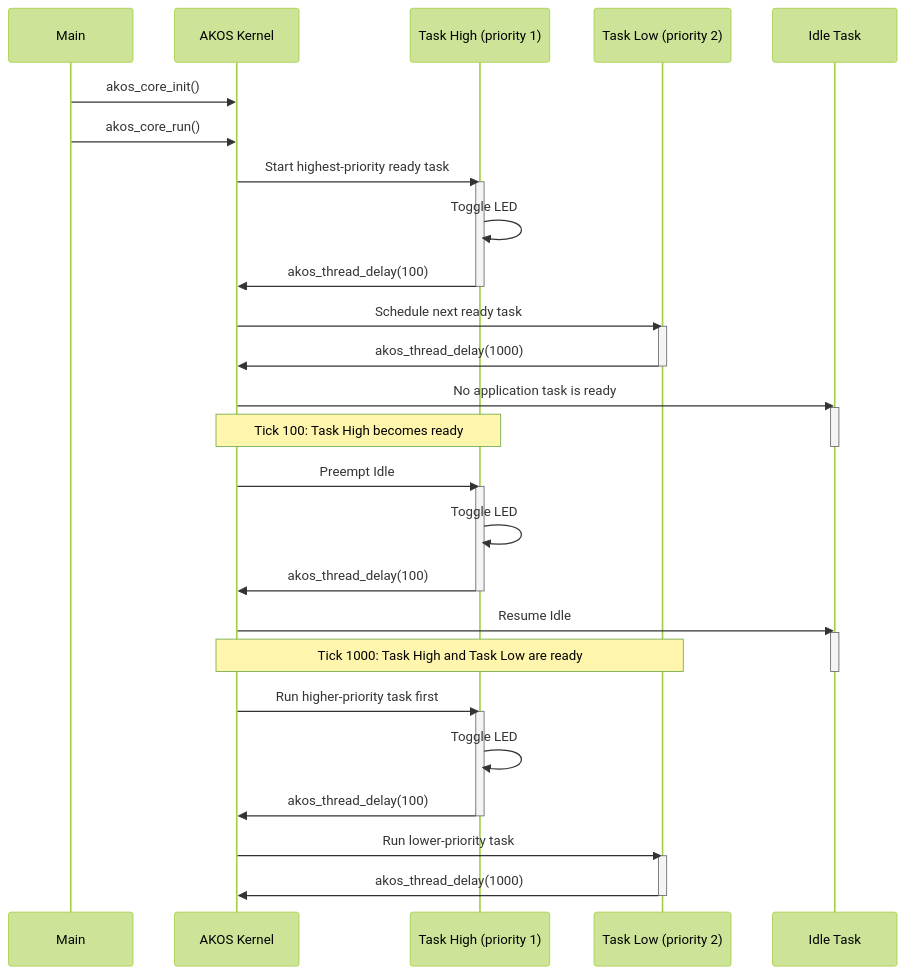
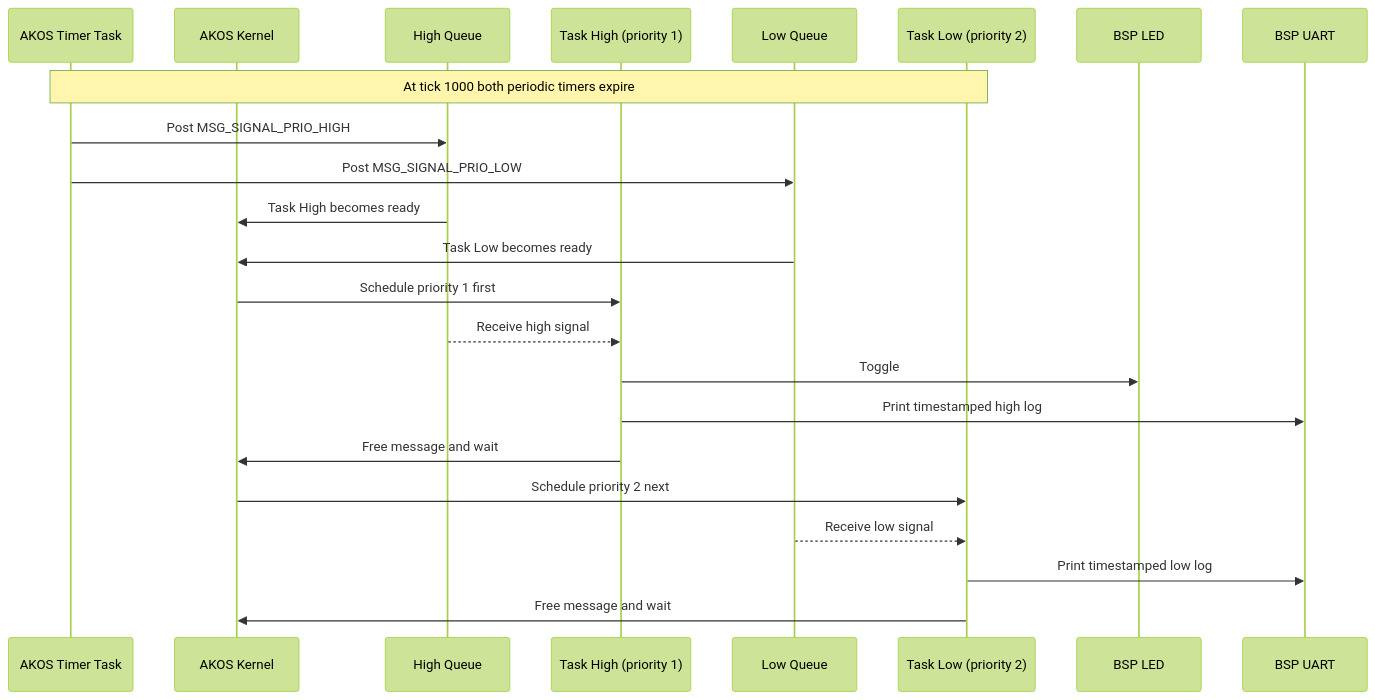
One commit to the-ak-foundation/akos changed the diagram in examples/priority/README.md. Above: the diagram before and after it, drawn with Mermaid (forest theme). The commit also changed other lines of this file and 173 other files, not shown here.

````diff
--- a/examples/priority/README.md
+++ b/examples/priority/README.md
@@ -7,46 +13,28 @@
 ```mermaid
 sequenceDiagram
-    participant Main
+    participant Timer as AKOS Timer Task
     participant Kernel as AKOS Kernel
+    participant HighQueue as High Queue
     participant High as Task High (priority 1)
+    participant LowQueue as Low Queue
     participant Low as Task Low (priority 2)
-    participant Idle as Idle Task
+    participant LED as BSP LED
+    participant UART as BSP UART
 
-    Main->>Kernel: akos_core_init()
-    Main->>Kernel: akos_core_run()
+    Note over Timer,Low: At tick 1000 both periodic timers expire
+    Timer->>HighQueue: Post MSG_SIGNAL_PRIO_HIGH
+    Timer->>LowQueue: Post MSG_SIGNAL_PRIO_LOW
+    HighQueue->>Kernel: Task High becomes ready
+    LowQueue->>Kernel: Task Low becomes ready
 
-    Kernel->>High: Start highest-priority ready task
-    activate High
-    High->>High: Toggle LED
-    High->>Kernel: akos_thread_delay(100)
-    deactivate High
+    Kernel->>High: Schedule priority 1 first
+    HighQueue-->>High: Receive high signal
+    High->>LED: Toggle
+    High->>UART: Print timestamped high log
+    High->>Kernel: Free message and wait
 
-    Kernel->>Low: Schedule next ready task
-    activate Low
-    Low->>Kernel: akos_thread_delay(1000)
-    deactivate Low
-    Kernel->>Idle: No application task is ready
-    activate Idle
-
-    Note over Kernel,High: Tick 100: Task High becomes ready
-    deactivate Idle
-    Kernel->>High: Preempt Idle
-    activate High
-    High->>High: Toggle LED
-    High->>Kernel: akos_thread_delay(100)
-    deactivate High
-    Kernel->>Idle: Resume Idle
-    activate Idle
-
-    Note over Kernel,Low: Tick 1000: Task High and Task Low are ready
-    deactivate Idle
-    Kernel->>High: Run higher-priority task first
-    activate High
-    High->>High: Toggle LED
-    High->>Kernel: akos_thread_delay(100)
-    deactivate High
-    Kernel->>Low: Run lower-priority task
-    activate Low
-    Low->>Kernel: akos_thread_delay(1000)
-    deactivate Low
+    Kernel->>Low: Schedule priority 2 next
+    LowQueue-->>Low: Receive low signal
+    Low->>UART: Print timestamped low log
+    Low->>Kernel: Free message and wait
 ```
````
